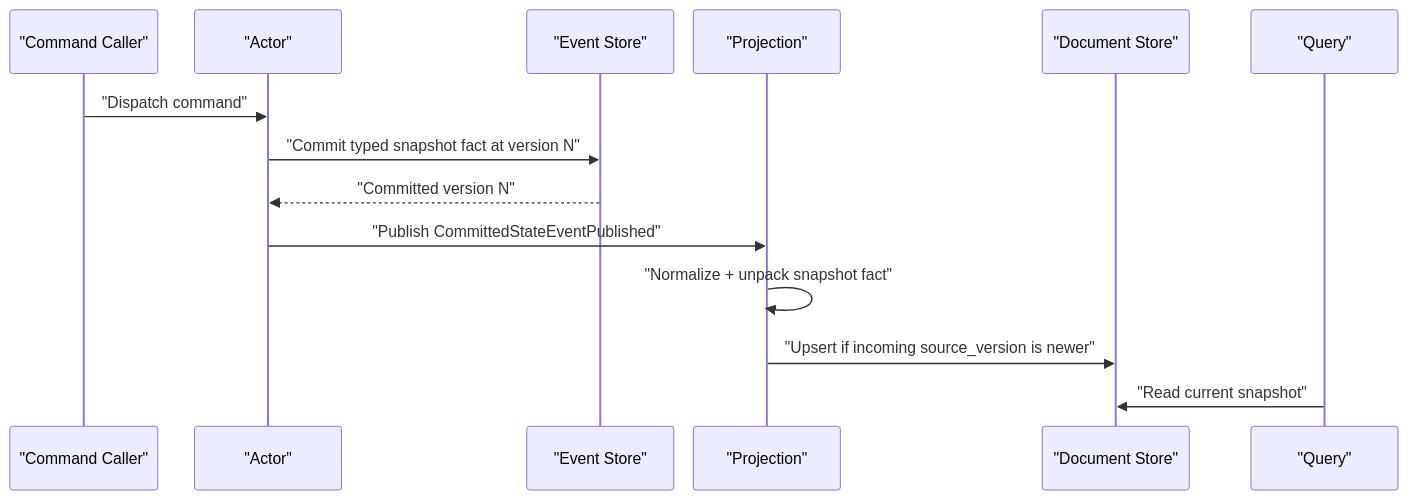
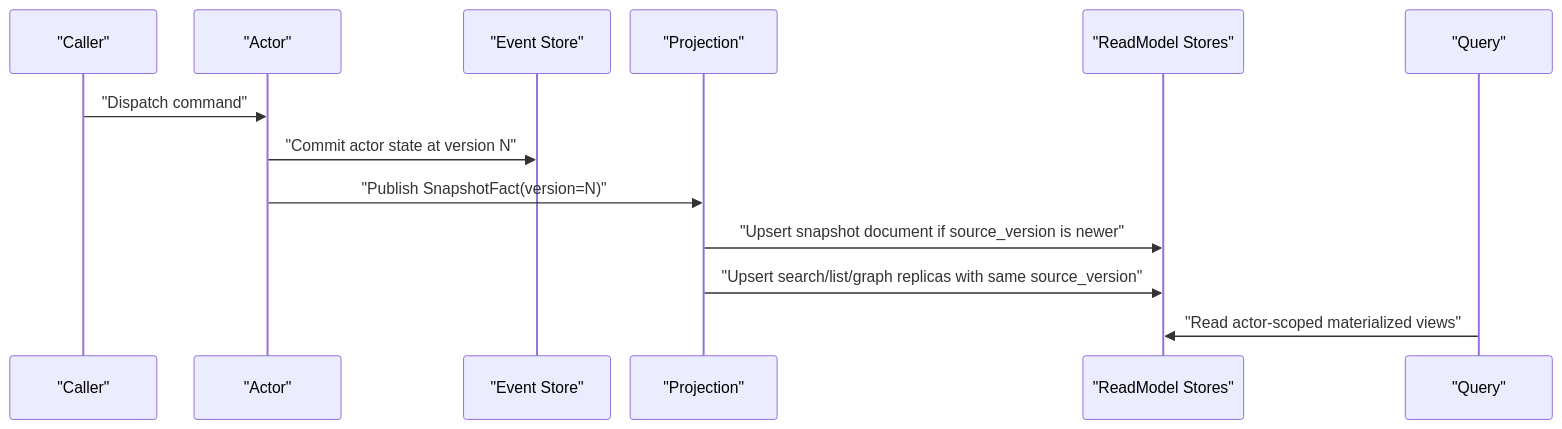
The third of 3 diagrams in docs/architecture/2026-03-15-snapshot-fact-readmodel-refactor-implementation-blueprint.md (aevatarAI/aevatar), drawn with Mermaid before and after one commit. The commit also changed other lines of this file and 2 other files, not shown here.

First line of the commit message:
Refactor Actor-State Snapshot ReadModel Architecture and Guidelines

````diff
--- a/docs/architecture/2026-03-15-snapshot-fact-readmodel-refactor-implementation-blueprint.md
+++ b/docs/architecture/2026-03-15-snapshot-fact-readmodel-refactor-implementation-blueprint.md
@@ -162,18 +158,17 @@
 ```mermaid
 %%{init: {"maxTextSize": 100000, "sequence": {"useMaxWidth": false, "actorMargin": 20, "messageMargin": 8, "diagramMarginX": 10, "diagramMarginY": 10}, "themeVariables": {"fontSize": "10px"}}}%%
 sequenceDiagram
-  participant C as "Command Caller"
+  participant C as "Caller"
   participant A as "Actor"
   participant ES as "Event Store"
   participant P as "Projection"
-  participant D as "Document Store"
+  participant D as "ReadModel Stores"
   participant Q as "Query"
 
   C->>A: "Dispatch command"
-  A->>ES: "Commit typed snapshot fact at version N"
-  ES-->>A: "Committed version N"
-  A->>P: "Publish CommittedStateEventPublished"
-  P->>P: "Normalize + unpack snapshot fact"
-  P->>D: "Upsert if incoming source_version is newer"
-  Q->>D: "Read current snapshot"
+  A->>ES: "Commit actor state at version N"
+  A->>P: "Publish SnapshotFact(version=N)"
+  P->>D: "Upsert snapshot document if source_version is newer"
+  P->>D: "Upsert search/list/graph replicas with same source_version"
+  Q->>D: "Read actor-scoped materialized views"
 ```
````
